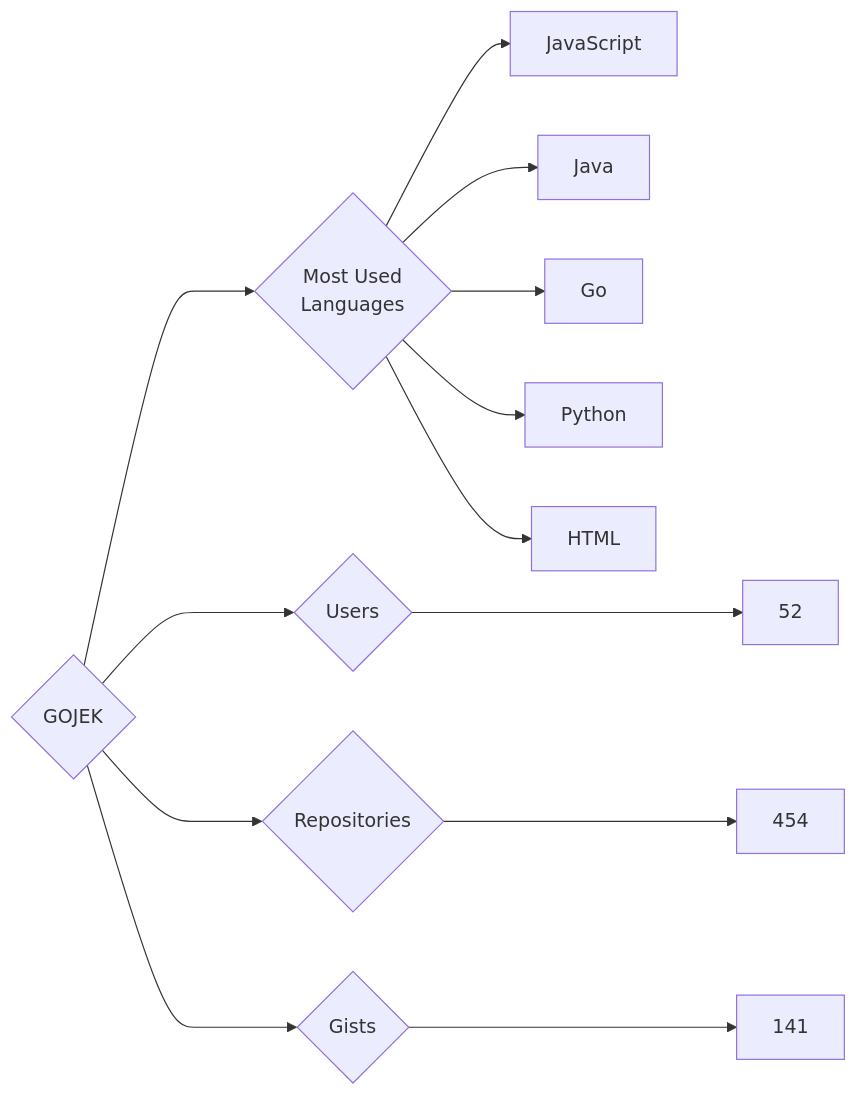
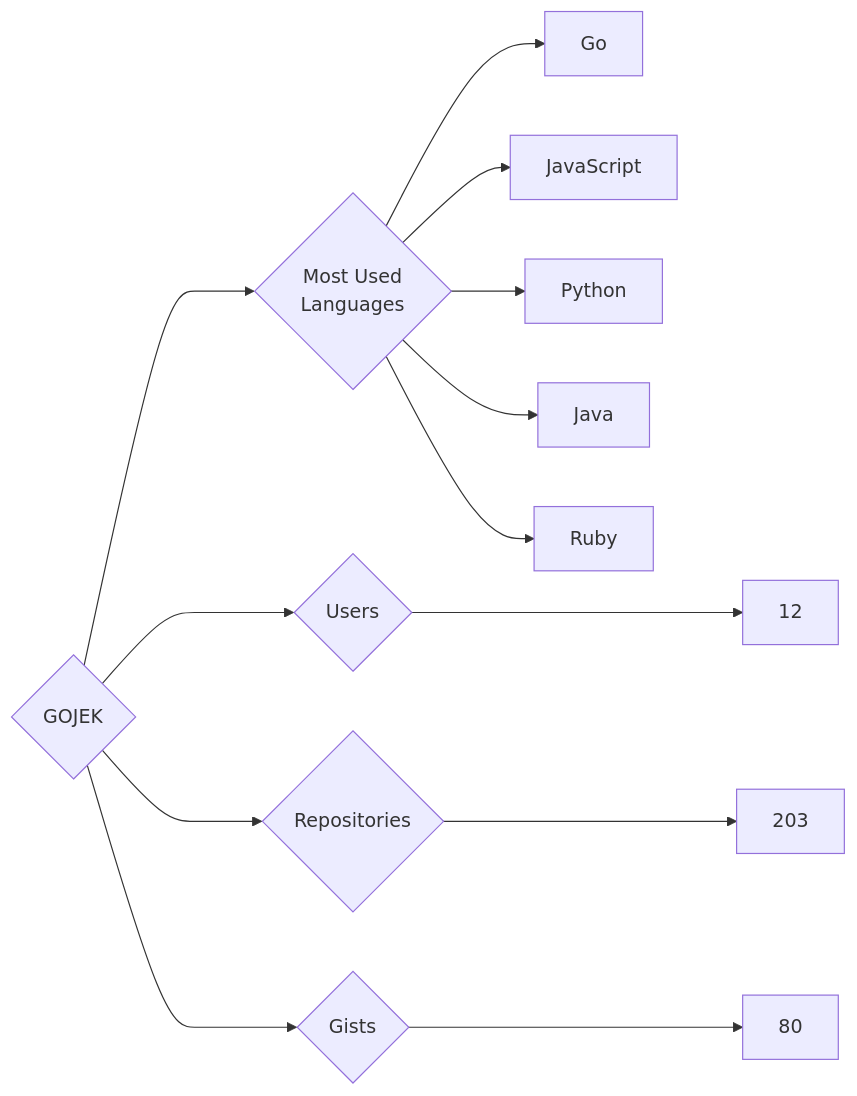
The diagram in targets/GOJEK/README.md (trickest/insiders), drawn with Mermaid before and after one commit. The commit also changed 682 other files, not shown here.

````diff
--- a/targets/GOJEK/README.md
+++ b/targets/GOJEK/README.md
@@ -3,13 +3,13 @@
 ```mermaid
 graph LR
 COMPANY_NAME{GOJEK}
-COMPANY_NAME ---> U{Users} ---> UN[52]
-COMPANY_NAME ---> R{Repositories} ---> RN[454]
-COMPANY_NAME ---> G{Gists} ---> GN[141]
+COMPANY_NAME ---> U{Users} ---> UN[12]
+COMPANY_NAME ---> R{Repositories} ---> RN[203]
+COMPANY_NAME ---> G{Gists} ---> GN[80]
 COMPANY_NAME ---> ML{Most Used<br>Languages}
+ML --> Go[Go]
 ML --> JavaScript[JavaScript]
+ML --> Python[Python]
 ML --> Java[Java]
-ML --> Go[Go]
-ML --> Python[Python]
-ML --> HTML[HTML]
+ML --> Ruby[Ruby]
 ```
````
